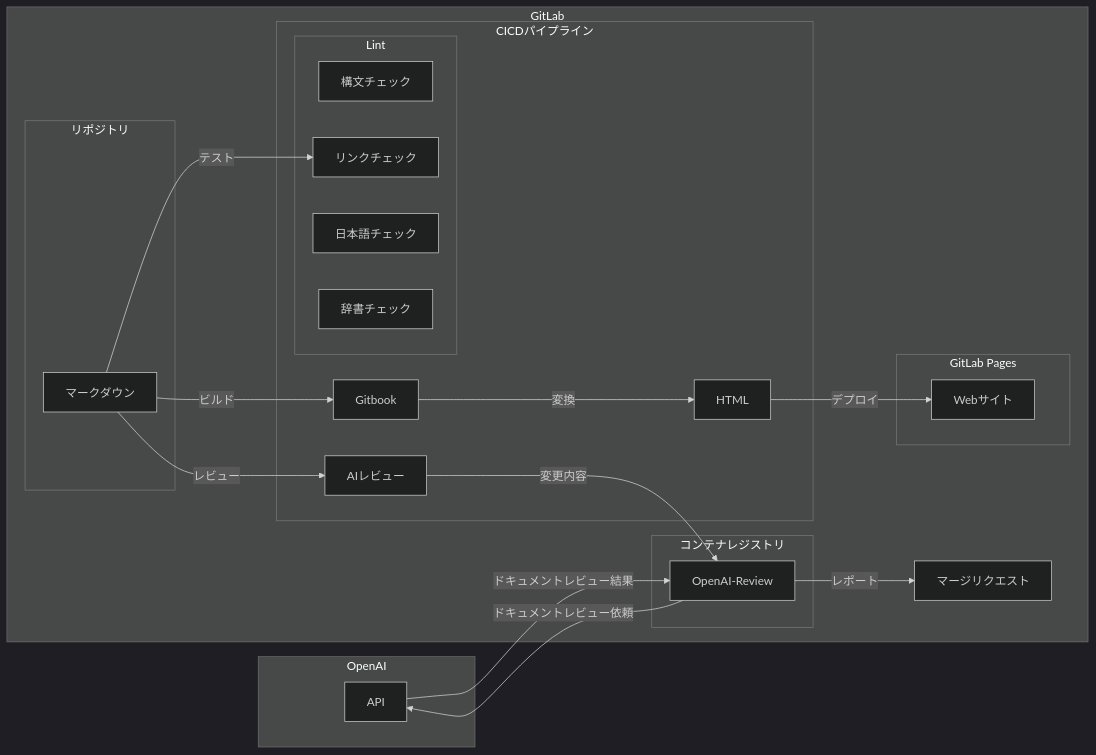
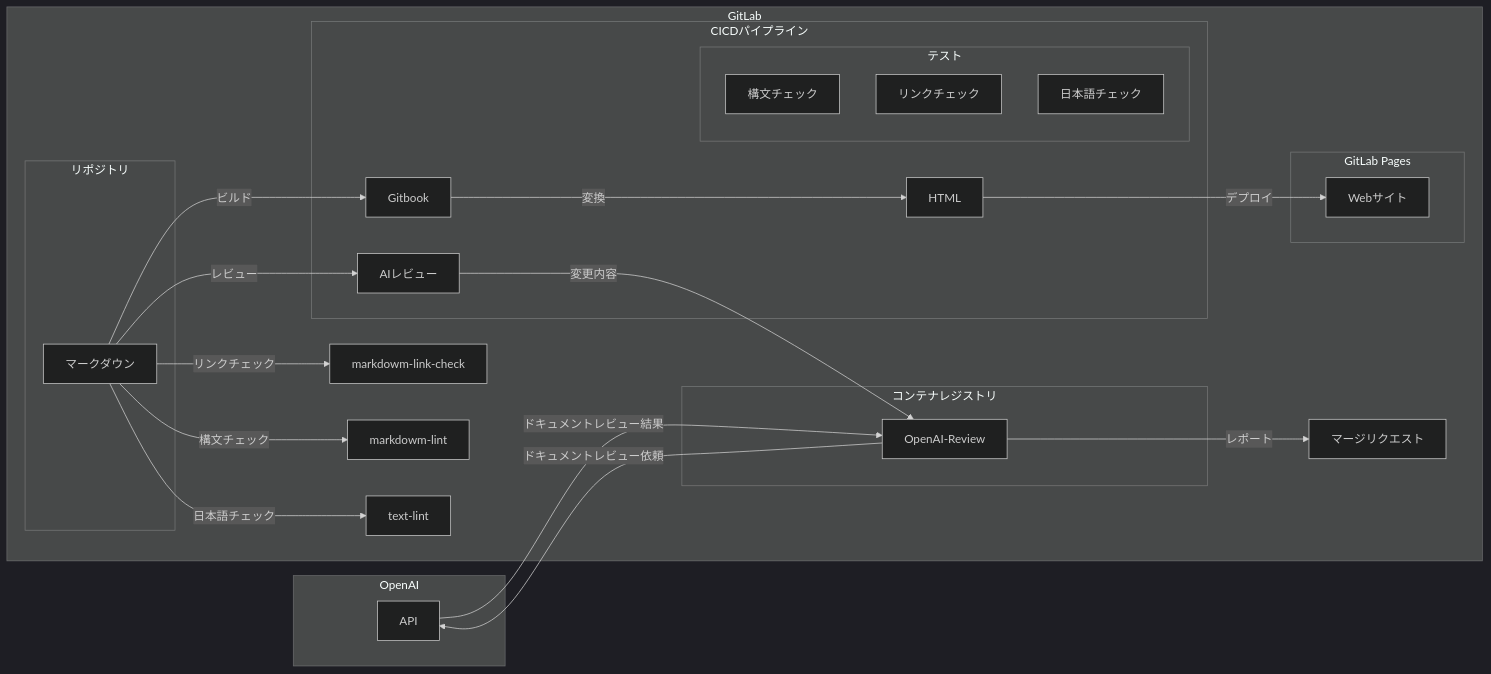
One commit to gongyong/docs changed the first of 2 diagrams in README.md. Above: the diagram before and after it, drawn with Mermaid (dark theme).

Commit message:
lint修正

````diff
--- a/README.md
+++ b/README.md
@@ -18,38 +18,39 @@
 ```mermaid
 graph LR
 subgraph OpenAI
     API
 end
 subgraph GitLab
     subgraph リポジトリ
         マークダウン
     end
     subgraph CICDパイプライン
-        subgraph Lint
+        subgraph テスト
             構文チェック
             リンクチェック
             日本語チェック
-            辞書チェック
         end
         AIレビュー
         Gitbook
         HTML
     end
     subgraph コンテナレジストリ
         OpenAI-Review
     end
     subgraph GitLab Pages
         Webサイト
     end
     マージリクエスト
-    マークダウン--テスト-->リンクチェック
+    マークダウン--リンクチェック-->markdowm-link-check
+    マークダウン--構文チェック-->markdowm-lint
+    マークダウン--日本語チェック-->text-lint
     マークダウン--レビュー-->AIレビュー
     AIレビュー--変更内容-->OpenAI-Review
     OpenAI-Review--ドキュメントレビュー依頼-->API
     API--ドキュメントレビュー結果-->OpenAI-Review
     OpenAI-Review--レポート-->マージリクエスト
     マークダウン--ビルド-->Gitbook
     Gitbook--変換-->HTML
     HTML--デプロイ-->Webサイト
 end
 ```
````
